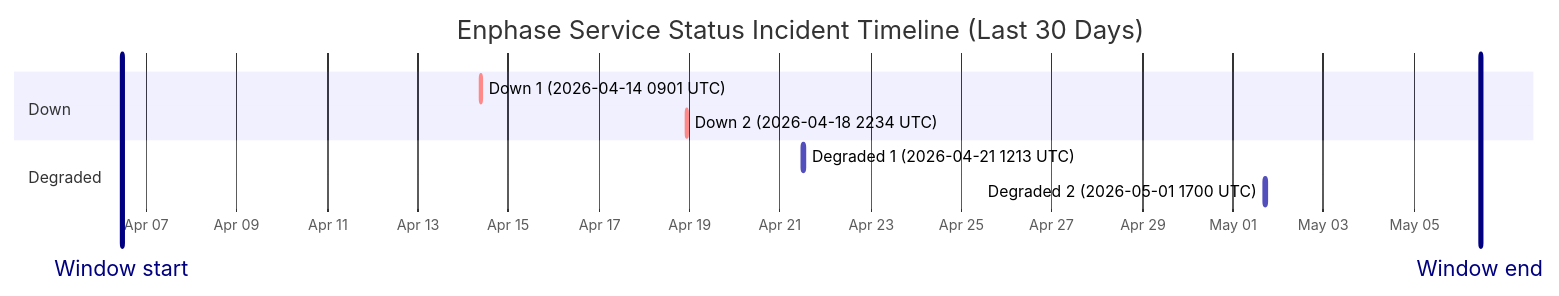
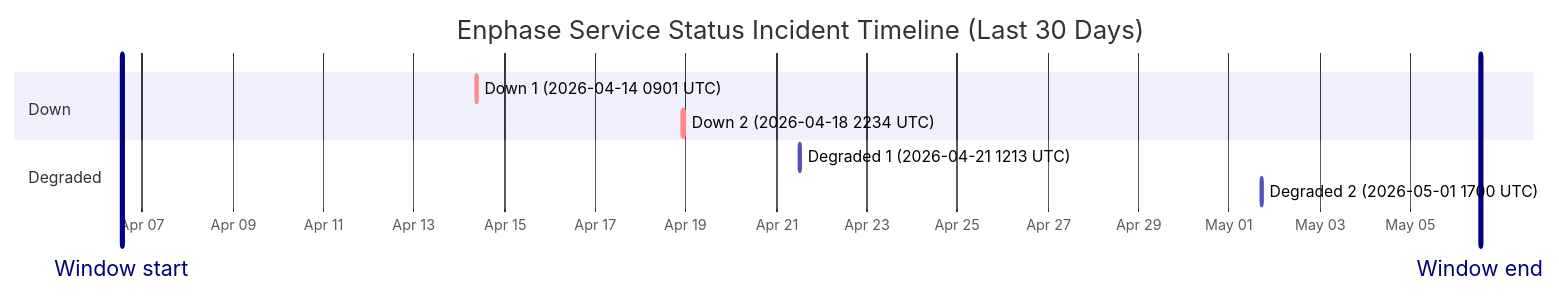
The diagram in wiki/Service-Status-History.md (barneyonline/ha-enphase-ev-charger), drawn with Mermaid before and after one commit. The commit also changed other lines of this file and 3 other files, not shown here.

````diff
--- a/wiki/Service-Status-History.md
+++ b/wiki/Service-Status-History.md
@@ -14,14 +14,14 @@
 ```mermaid
 gantt
     title Enphase Service Status Incident Timeline (Last 30 Days)
     dateFormat  YYYY-MM-DDTHH:mm:ss
     axisFormat  %b %d
-    Window start :vert, window-start, 2026-04-06T11:05:52, 0ms
-    Window end :vert, window-end, 2026-05-06T11:05:52, 0ms
+    Window start :vert, window-start, 2026-04-06T13:12:34, 0ms
+    Window end :vert, window-end, 2026-05-06T13:12:34, 0ms
     section Down
     Down 1 (2026-04-14 0901 UTC) :crit, down-1, 2026-04-14T09:01:13, 60m
     Down 2 (2026-04-18 2234 UTC) :crit, down-2, 2026-04-18T22:34:13, 60m
     section Degraded
     Degraded 1 (2026-04-21 1213 UTC) :active, degraded-1, 2026-04-21T12:13:11, 60m
     Degraded 2 (2026-05-01 1700 UTC) :active, degraded-2, 2026-05-01T17:00:22, 60m
 ```
````
